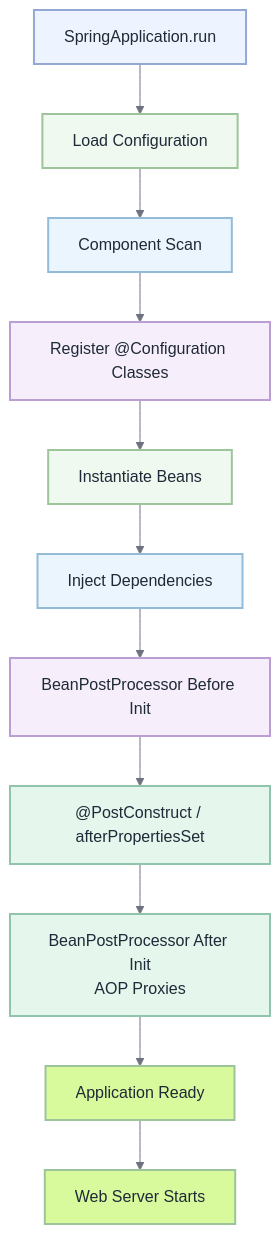
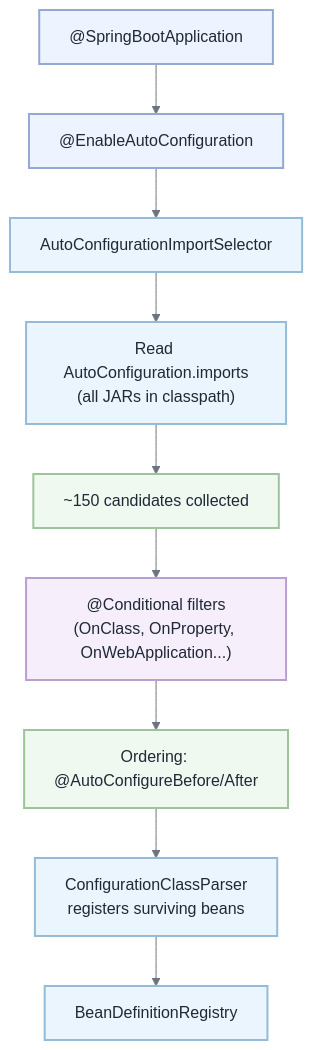
The eighth of 38 diagrams in docs/interview/spring-boot.md (MishaSytch/middle_java_back), drawn with Mermaid before and after one commit. The commit also changed other lines of this file, not shown here.

````diff
--- a/docs/interview/spring-boot.md
+++ b/docs/interview/spring-boot.md
@@ -1132,35 +510,22 @@
 ```mermaid
 %%{init: { 'theme': 'neutral', 'themeVariables': { 'primaryColor': '#ffffff', 'primaryTextColor': '#1f2937', 'lineColor': '#6b7280', 'primaryBorderColor': '#d1d5db', 'secondaryColor': '#f3f4f6', 'tertiaryColor': '#e5e7eb' } } }%%
-flowchart TD
-    A[SpringApplication.run] --> B[Load Configuration]
-    B --> C[Component Scan]
-    C --> D[Register @Configuration Classes]
-    D --> E[Instantiate Beans]
-    E --> F[Inject Dependencies]
-    F --> G[BeanPostProcessor Before Init]
-    G --> H["@PostConstruct / afterPropertiesSet"]
-    H --> I[BeanPostProcessor After Init<br/>AOP Proxies]
-    I --> J[Application Ready]
-    J --> K[Web Server Starts]
+flowchart TB
+    A["@SpringBootApplication"] --> B["@EnableAutoConfiguration"]
+    B --> C["AutoConfigurationImportSelector"]
+    C --> D["Read AutoConfiguration.imports<br/>(all JARs in classpath)"]
+    D --> E["~150 candidates collected"]
+    E --> F["@Conditional filters<br/>(OnClass, OnProperty, OnWebApplication...)"]
+    F --> G["Ordering: @AutoConfigureBefore/After"]
+    G --> H["ConfigurationClassParser<br/>registers surviving beans"]
+    H --> I[BeanDefinitionRegistry]
     classDef n0 fill:#eef4ff,stroke:#93a8d4,stroke-width:2px,color:#1f2937
     classDef n1 fill:#f0f9ef,stroke:#9dc49a,stroke-width:2px,color:#1f2937
     classDef n2 fill:#eaf5fd,stroke:#94bcd8,stroke-width:2px,color:#1f2937
     classDef n3 fill:#f6eefa,stroke:#bb9ed4,stroke-width:2px,color:#1f2937
-    classDef n4 fill:#f0f9ef,stroke:#9dc49a,stroke-width:2px,color:#1f2937
-    classDef n5 fill:#eaf5fd,stroke:#94bcd8,stroke-width:2px,color:#1f2937
-    classDef n6 fill:#f6eefa,stroke:#bb9ed4,stroke-width:2px,color:#1f2937
-    classDef n7 fill:#e5f7ed,stroke:#92c4ad,stroke-width:2px,color:#1f2937
-    classDef n8 fill:#e5f7ed,stroke:#92c4ad,stroke-width:2px,color:#1f2937
-    classDef n9 fill:#d9f99d,stroke:#9dc49a,stroke-width:2px,color:#1f2937
-    class A n0
-    class B n1
-    class C n2
-    class D n3
-    class E n4
-    class F n5
-    class G n6
-    class H n7
-    class I n8
-    class J n9
-    class K n9
+    class A,B n0
+    class C,D n2
+    class E n1
+    class F n3
+    class G n1
+    class H,I n2
 ```
````
